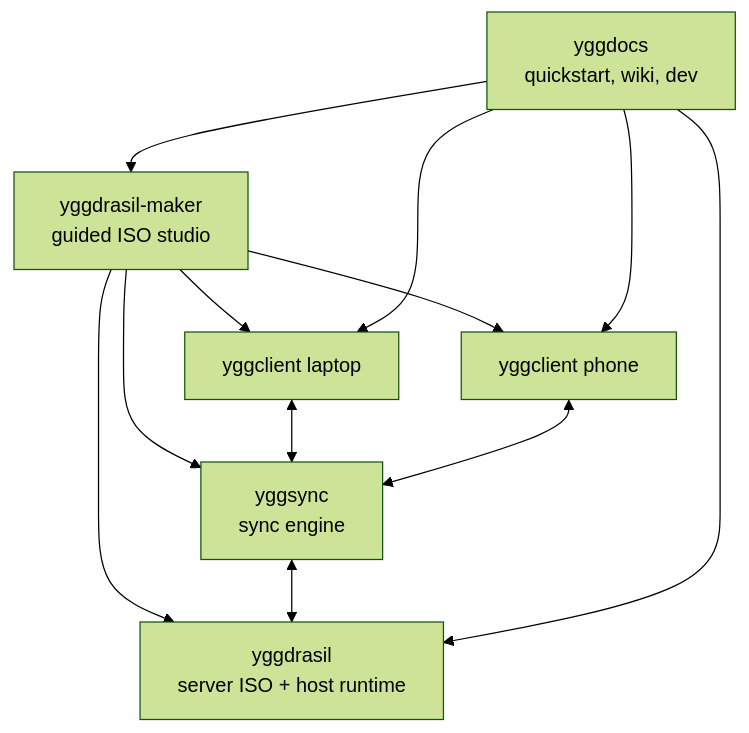
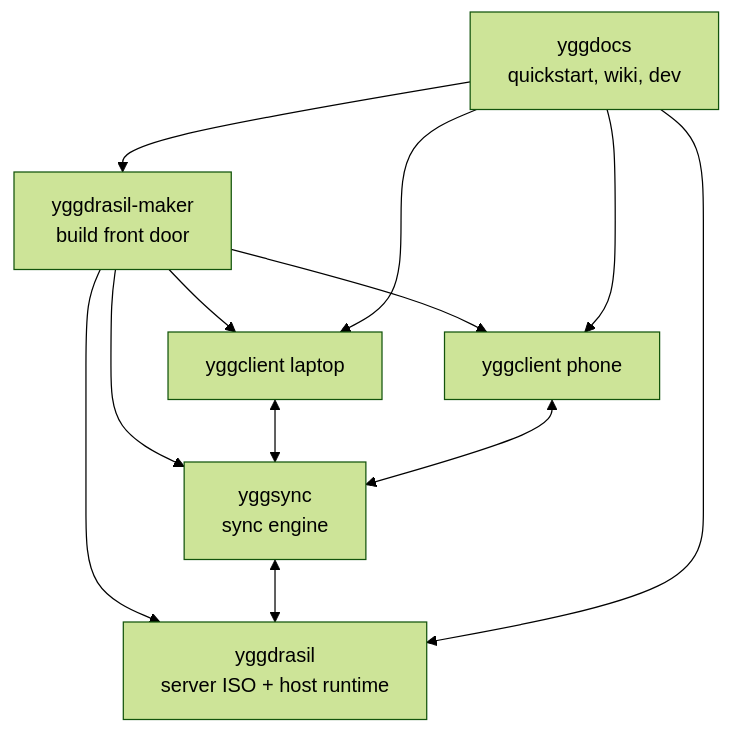
One commit to yggdrasilhq/yggdrasil changed the diagram in README.md. Above: the diagram before and after it, drawn with Mermaid (forest theme). The commit also changed other lines of this file and 18 other files, not shown here.

````diff
--- a/README.md
+++ b/README.md
@@ -58,21 +59,21 @@
 ```mermaid
 flowchart TD
   D[yggdocs<br/>quickstart, wiki, dev]
-  C[yggdrasil-maker<br/>guided ISO studio]
+  C[yggdrasil-maker<br/>build front door]
   S[yggdrasil<br/>server ISO + host runtime]
   Y[yggsync<br/>sync engine]
   L[yggclient laptop]
   P[yggclient phone]
 
   C --> S
   C --> L
   C --> P
   C --> Y
   L <--> Y
   P <--> Y
   Y <--> S
   D --> C
   D --> S
   D --> L
   D --> P
 ```
````
